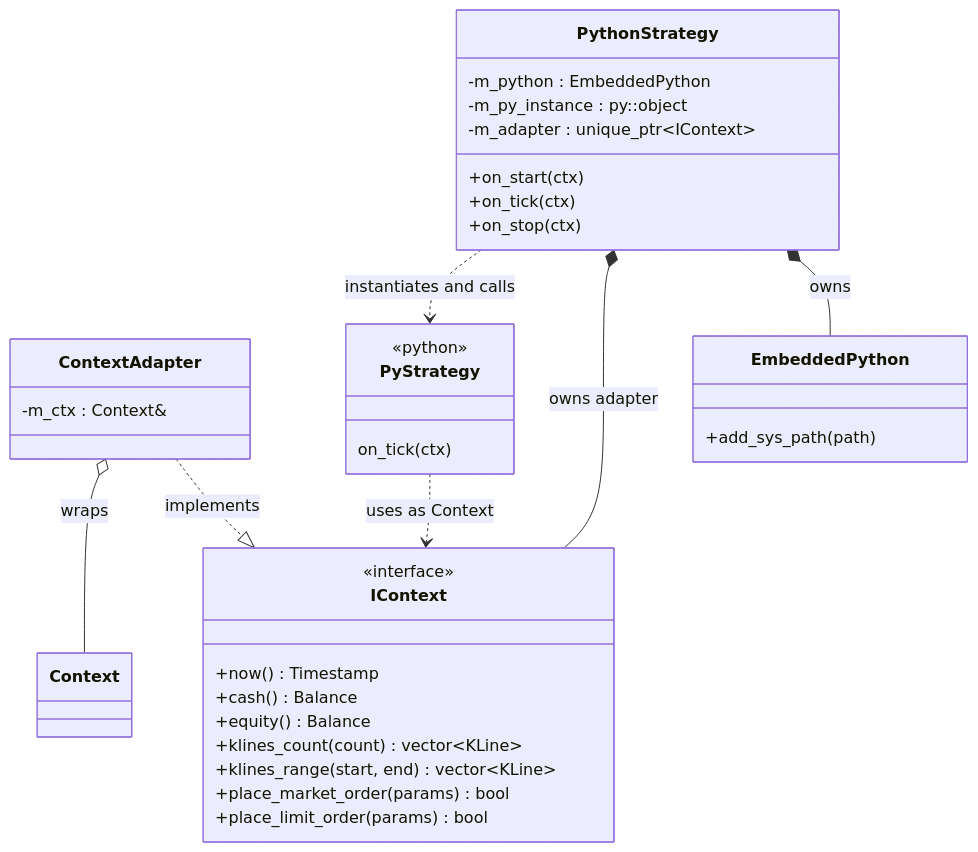
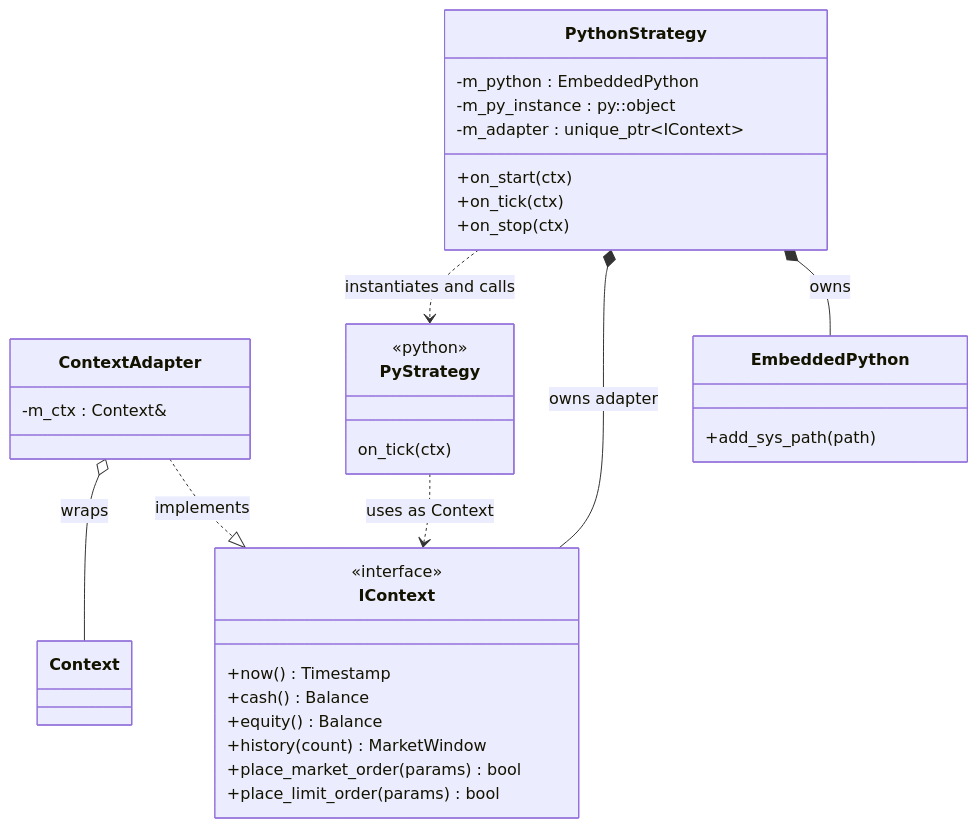
The third of 7 diagrams in docs/architecture.md (barberkman/stonks), drawn with Mermaid before and after one commit. The commit also changed other lines of this file and 25 other files, not shown here.

First line of the commit message:
Replace flat KLine feed with columnar per-timestamp multi-symbol window

````diff
--- a/docs/architecture.md
+++ b/docs/architecture.md
@@ -164,39 +182,38 @@
 ```mermaid
 classDiagram
     class IContext {
         <<interface>>
         +now() Timestamp
         +cash() Balance
         +equity() Balance
-        +klines_count(count) vector~KLine~
-        +klines_range(start, end) vector~KLine~
+        +history(count) MarketWindow
         +place_market_order(params) bool
         +place_limit_order(params) bool
     }
     class ContextAdapter {
         -m_ctx : Context&
     }
     class Context
     class PythonStrategy {
         -m_python : EmbeddedPython
         -m_py_instance : py::object
         -m_adapter : unique_ptr~IContext~
         +on_start(ctx)
         +on_tick(ctx)
         +on_stop(ctx)
     }
     class EmbeddedPython {
         +add_sys_path(path)
     }
     class PyStrategy {
         <<python>>
         on_tick(ctx)
     }
 
     ContextAdapter ..|> IContext : implements
     ContextAdapter o-- Context : wraps
     PythonStrategy *-- EmbeddedPython : owns
     PythonStrategy *-- IContext : owns adapter
     PythonStrategy ..> PyStrategy : instantiates and calls
     PyStrategy ..> IContext : uses as Context
 ```
````
